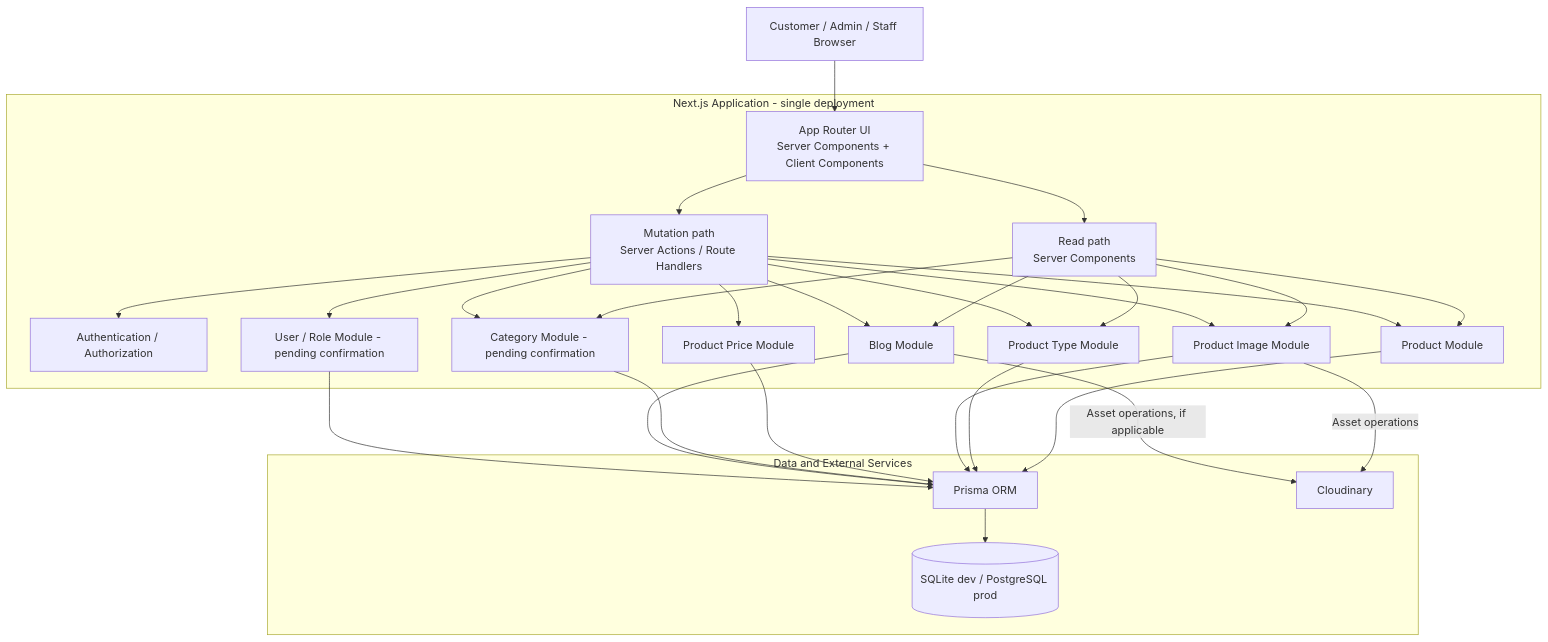
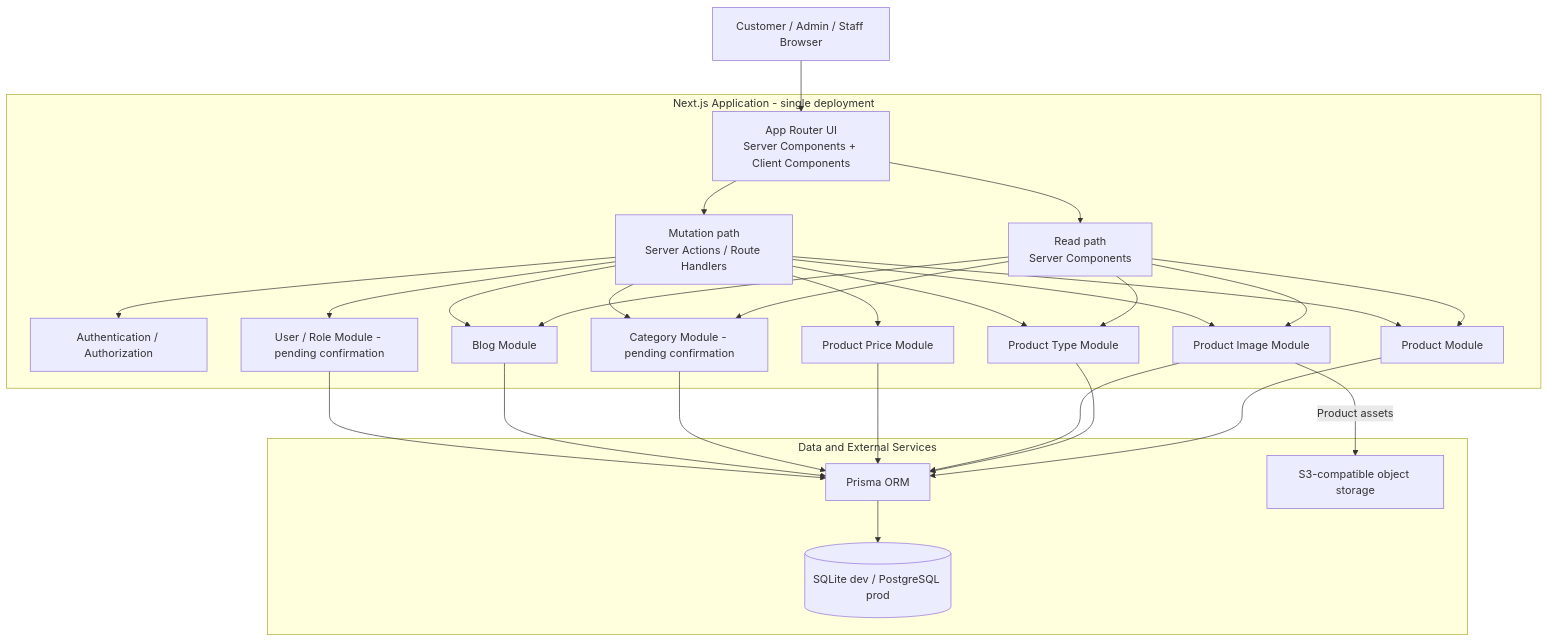
One commit to khanhtung2410/ant-jewelry changed the first of 5 diagrams in docs/ARCHITECTURE.md. Above: the diagram before and after it, drawn with Mermaid. The commit also changed other lines of this file and 20 other files, not shown here.

First line of the commit message:
feat(products): add product image management (#27)

````diff
--- a/docs/ARCHITECTURE.md
+++ b/docs/ARCHITECTURE.md
@@ -288,54 +288,53 @@
 ```mermaid
 flowchart TB
     Browser[Customer / Admin / Staff Browser]
 
     subgraph NEXT[Next.js Application - single deployment]
         UI[App Router UI<br/>Server Components + Client Components]
         Read[Read path<br/>Server Components]
         Mutate[Mutation path<br/>Server Actions / Route Handlers]
         Auth[Authentication / Authorization]
         Product[Product Module]
         ProductType[Product Type Module]
         ProductImage[Product Image Module]
         ProductPrice[Product Price Module]
         Category[Category Module - pending confirmation]
         Blog[Blog Module]
         User[User / Role Module - pending confirmation]
 
         UI --> Read
         UI --> Mutate
         Mutate --> Auth
         Read --> Product
         Read --> ProductType
         Read --> ProductImage
         Read --> Category
         Read --> Blog
         Mutate --> Product
         Mutate --> ProductType
         Mutate --> ProductImage
         Mutate --> ProductPrice
         Mutate --> Category
         Mutate --> Blog
         Mutate --> User
     end
 
     subgraph DATA[Data and External Services]
         Prisma[Prisma ORM]
         DB[(SQLite dev / PostgreSQL prod)]
-        Cloudinary[Cloudinary]
+        S3Storage[S3-compatible object storage]
     end
 
     Browser --> UI
 
     Product --> Prisma
     ProductType --> Prisma
     ProductImage --> Prisma
     ProductPrice --> Prisma
     Category --> Prisma
     Blog --> Prisma
     User --> Prisma
 
     Prisma --> DB
-    ProductImage -->|Asset operations| Cloudinary
-    Blog -->|Asset operations, if applicable| Cloudinary
+    ProductImage -->|Product assets| S3Storage
 ```
````
